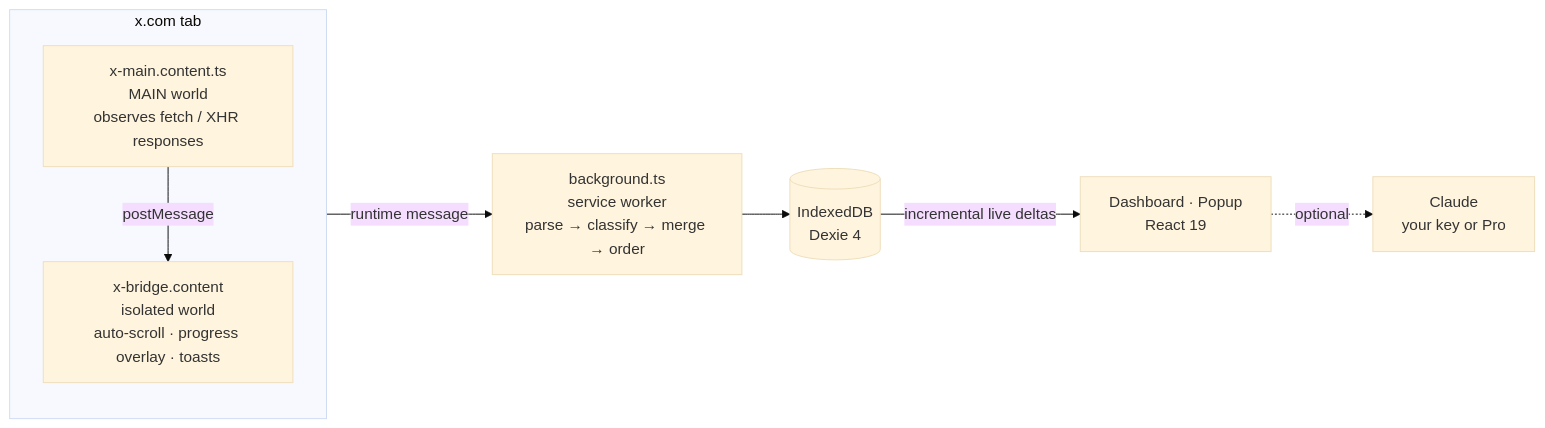
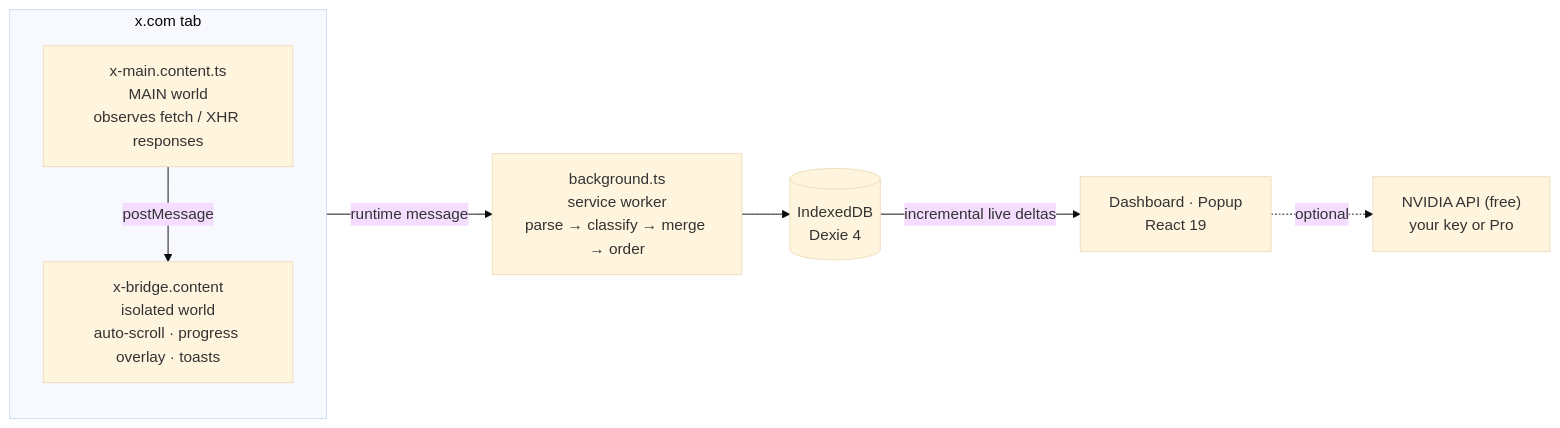
The diagram in README.md (ayushman46/twt), drawn with Mermaid (base theme) before and after one commit. The commit also changed other lines of this file and 59 other files, not shown here.

First line of the commit message:
Switch AI to NVIDIA's free API and move the stack to free services

````diff
--- a/README.md
+++ b/README.md
@@ -156,13 +157,13 @@
 ```mermaid
 flowchart LR
   subgraph tab["x.com tab"]
     direction TB
     main["x-main.content.ts<br/>MAIN world<br/>observes fetch / XHR responses"]
     bridge["x-bridge.content<br/>isolated world<br/>auto-scroll · progress overlay · toasts"]
     main -- postMessage --> bridge
   end
   bridge -- runtime message --> bg["background.ts<br/>service worker<br/>parse → classify → merge → order"]
   bg --> db[("IndexedDB<br/>Dexie 4")]
   db -- incremental live deltas --> ui["Dashboard · Popup<br/>React 19"]
-  ui -. optional .-> ai["Claude<br/>your key or Pro"]
+  ui -. optional .-> ai["NVIDIA API (free)<br/>your key or Pro"]
 ```
````
